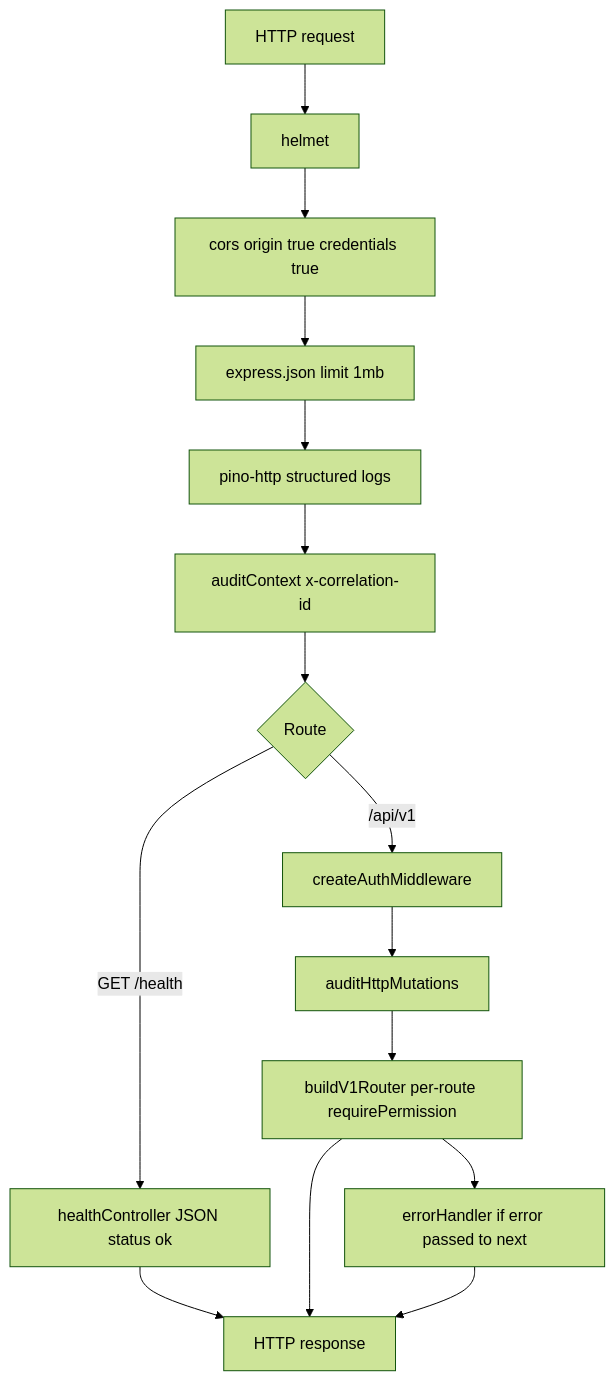
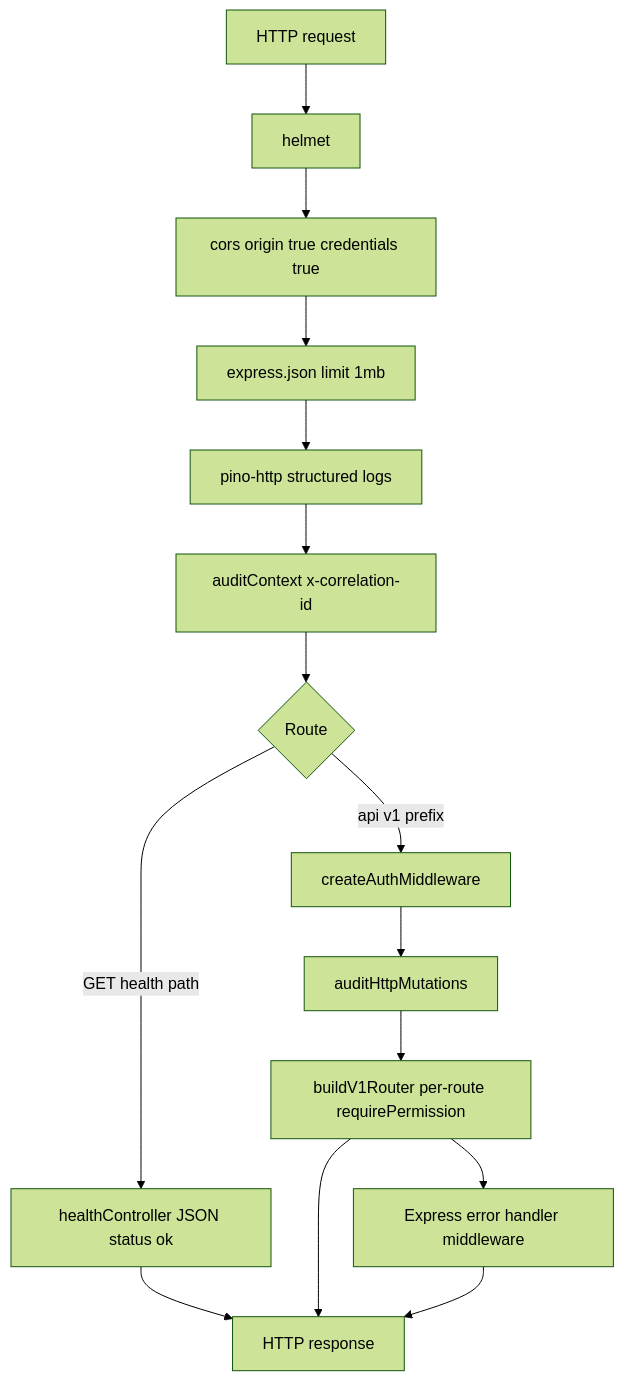
Before and after one commit to Amamer3/HRMS-backend: the fourth of 9 diagrams in README.md, drawn with Mermaid (forest theme). The commit also changed other lines of this file, not shown here.

Commit message:
Refactor README.md for clarity and consistency. Updated flowcharts to use concise labels, improved descriptions of components, and clarified the Docker setup. Enhanced the authentication flow diagram and added notes on token handling. Adjusted terminology for better understanding.

````diff
--- a/README.md
+++ b/README.md
@@ -164,19 +168,19 @@
 ```mermaid
 flowchart TD
   IN[HTTP request] --> G1[helmet]
   G1 --> G2["cors origin true credentials true"]
   G2 --> G3["express.json limit 1mb"]
   G3 --> G4[pino-http structured logs]
   G4 --> G5["auditContext x-correlation-id"]
   G5 --> R{Route}
 
-  R -->|"GET /health"| H[healthController JSON status ok]
-  R -->|"/api/v1"| A1[createAuthMiddleware]
+  R -->|GET health path| H[healthController JSON status ok]
+  R -->|api v1 prefix| A1[createAuthMiddleware]
   A1 --> A2[auditHttpMutations]
   A2 --> A3["buildV1Router per-route requirePermission"]
-  A3 --> EH[errorHandler if error passed to next]
+  A3 --> EH[Express error handler middleware]
 
   H --> OUT[HTTP response]
   A3 --> OUT
   EH --> OUT
 ```
````
